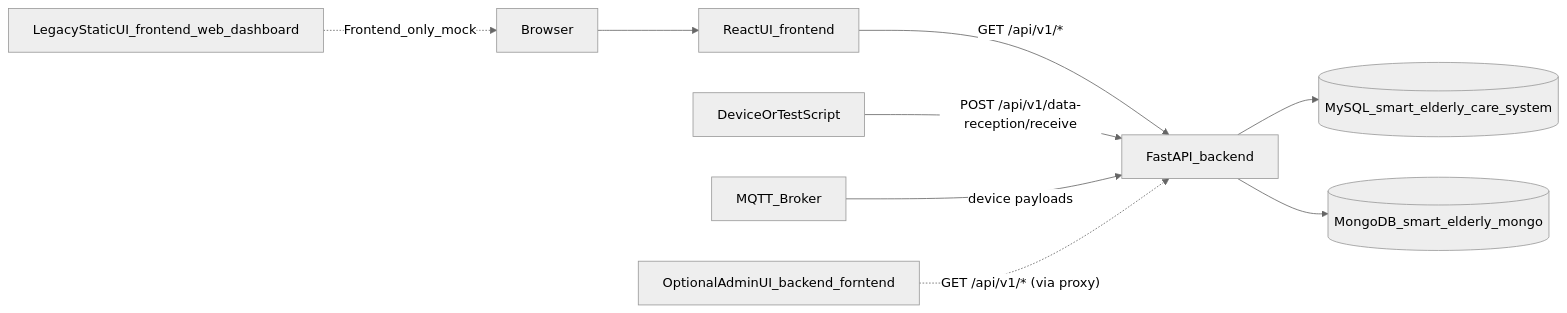
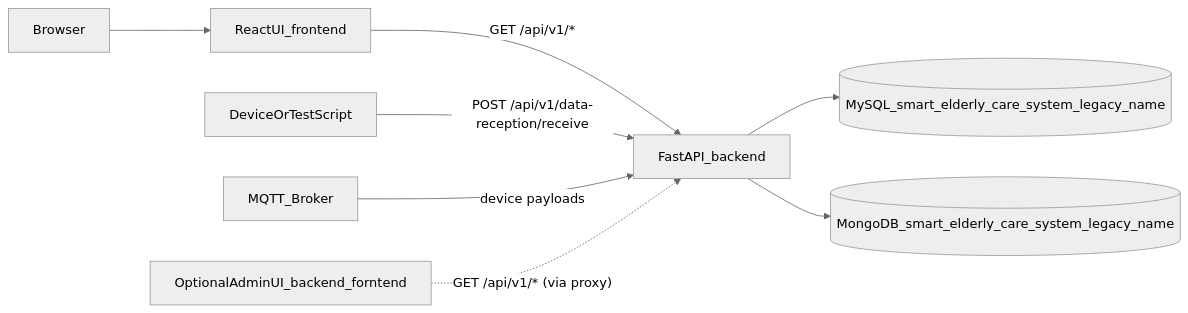
Before and after one commit to Triplenone/AIST-Final-Year-Project: the first of 3 diagrams in docs/ARCHITECTURE.md, drawn with Mermaid (neutral theme). The commit also changed other lines of this file and 196 other files, not shown here.

````diff
--- a/docs/ARCHITECTURE.md
+++ b/docs/ARCHITECTURE.md
@@ -9,12 +9,11 @@
 ```mermaid
 flowchart LR
   Browser[Browser] --> ReactUI[ReactUI_frontend]
   ReactUI -->|"GET /api/v1/*"| FastAPI[FastAPI_backend]
   DeviceOrScript[DeviceOrTestScript] -->|"POST /api/v1/data-reception/receive"| FastAPI
-  FastAPI --> MySQL[(MySQL_smart_elderly_care_system)]
-  FastAPI --> MongoDB[(MongoDB_smart_elderly_mongo)]
+  FastAPI --> MySQL[(MySQL_smart_elderly_care_system_legacy_name)]
+  FastAPI --> MongoDB[(MongoDB_smart_elderly_care_system_legacy_name)]
   MQTT[MQTT_Broker] -->|"device payloads"| FastAPI
 
   AdminUI[OptionalAdminUI_backend_forntend] -.->|"GET /api/v1/* (via proxy)"| FastAPI
-  LegacyUI[LegacyStaticUI_frontend_web_dashboard] -.->|"Frontend_only_mock"| Browser
 ```
````
